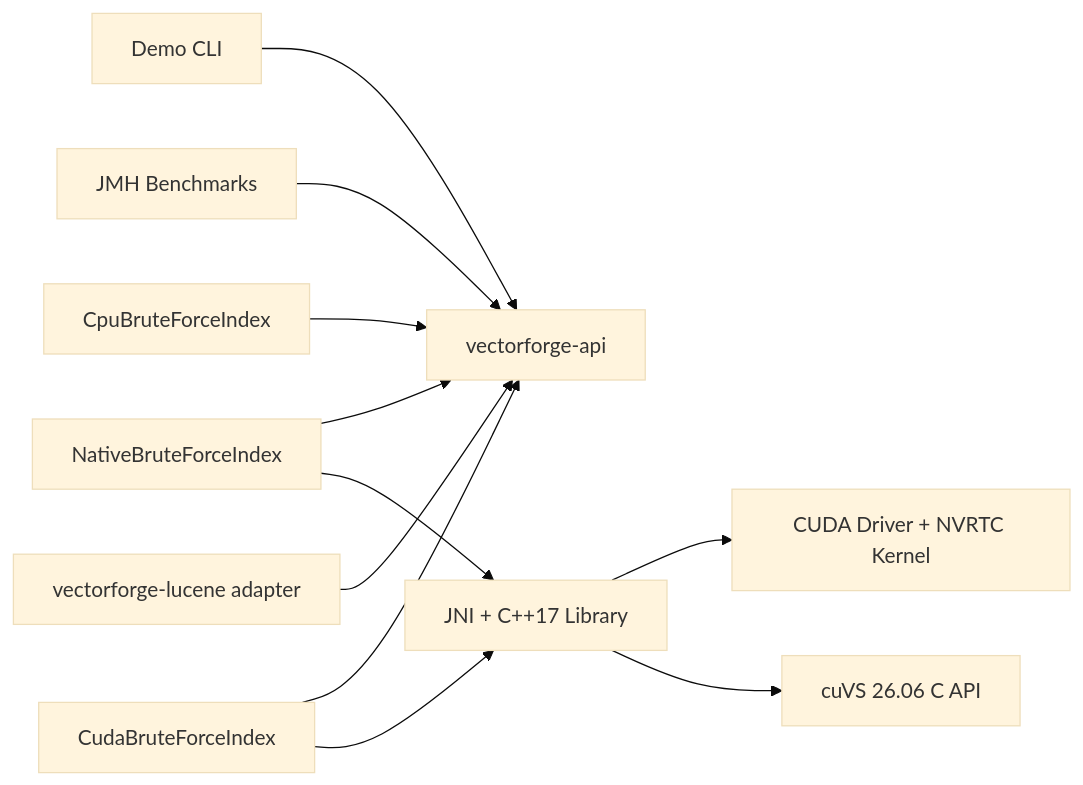
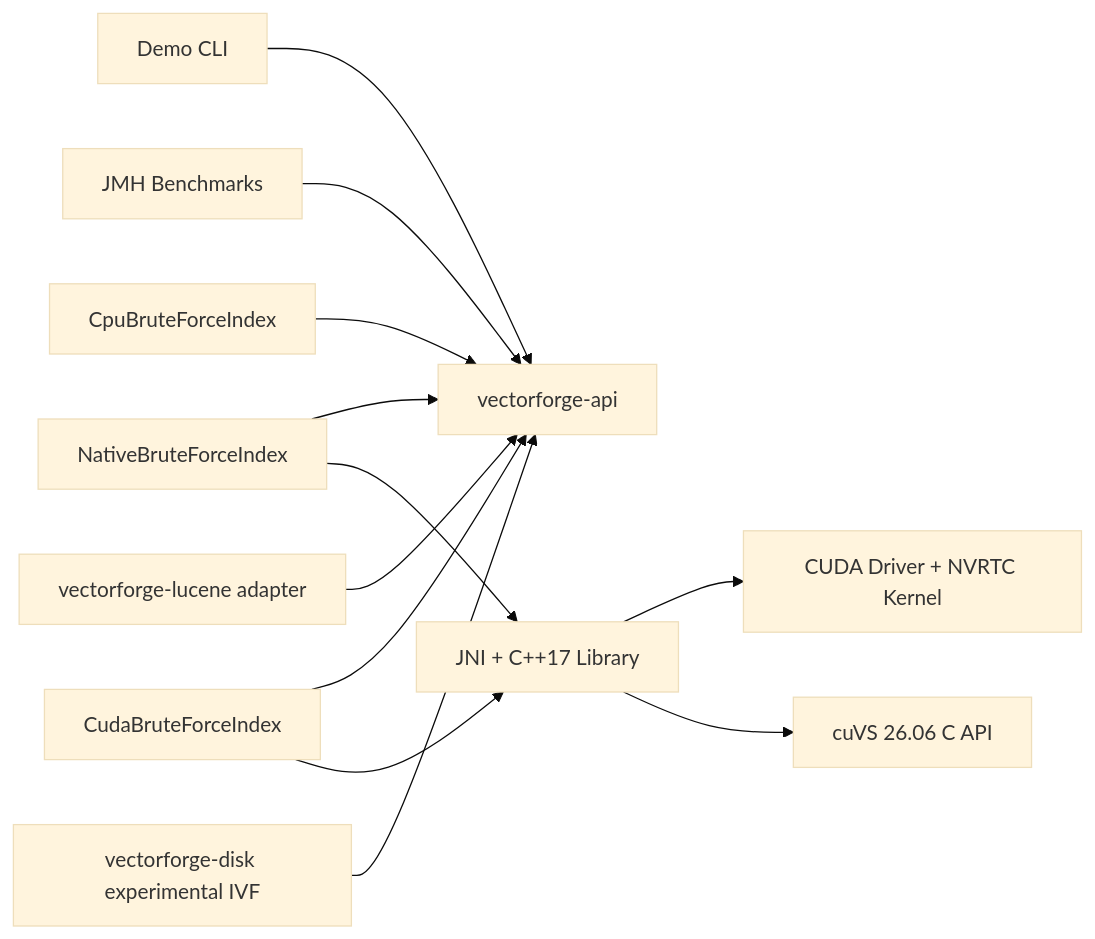
Before and after one commit to AntVann/Java-Vector-Search: the diagram in README.md, drawn with Mermaid (base theme). The commit also changed other lines of this file and 12 other files, not shown here.

Commit message:
feat(disk): add experimental IVF search path

````diff
--- a/README.md
+++ b/README.md
@@ -18,13 +18,14 @@
 ```mermaid
 flowchart LR
     Demo["Demo CLI"] --> API["vectorforge-api"]
     Bench["JMH Benchmarks"] --> API
     CPU["CpuBruteForceIndex"] --> API
     NativeJava["NativeBruteForceIndex"] --> API
     NativeJava --> NativeCpp["JNI + C++17 Library"]
     GpuJava["CudaBruteForceIndex"] --> API
     GpuJava --> NativeCpp
     NativeCpp --> GPU["CUDA Driver + NVRTC Kernel"]
     NativeCpp --> CUVS["cuVS 26.06 C API"]
     Lucene["vectorforge-lucene adapter"] --> API
+    Disk["vectorforge-disk experimental IVF"] --> API
 ```
````
